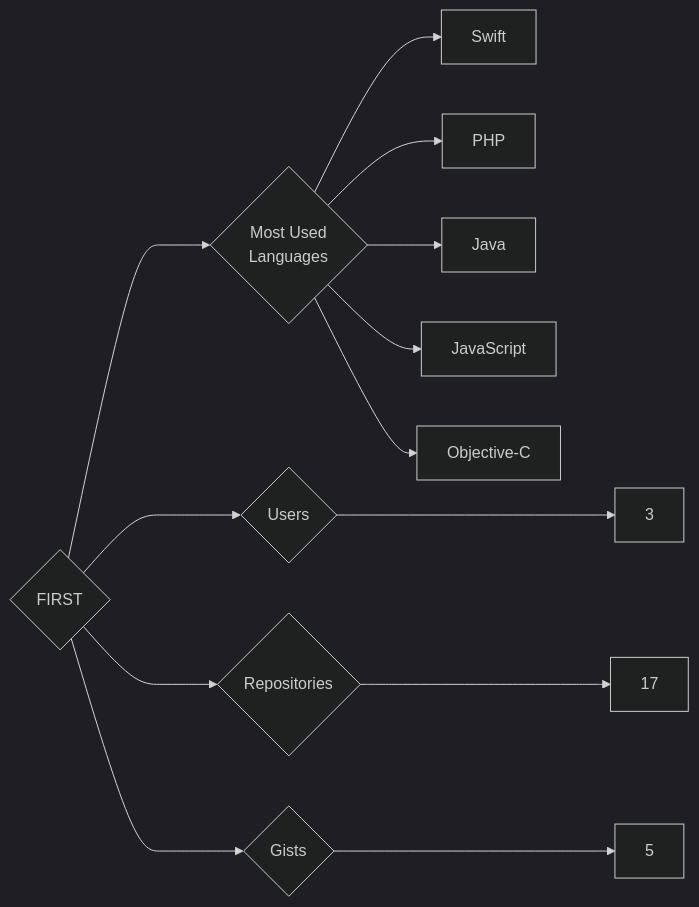
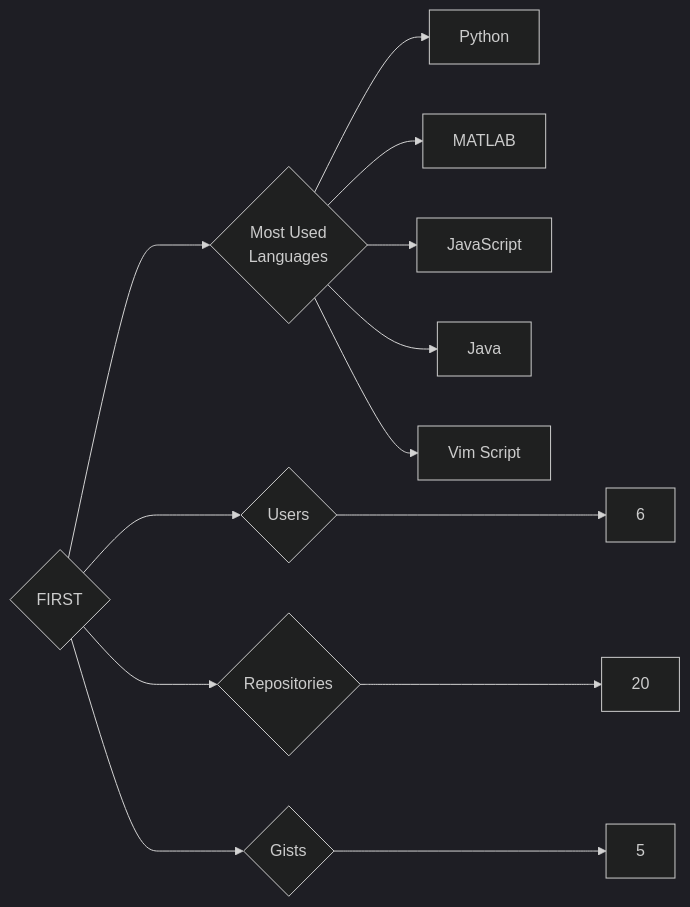
The diagram in targets/FIRST/README.md (trickest/insiders), drawn with Mermaid (dark theme) before and after one commit. The commit also changed 1003 other files, not shown here.

````diff
--- a/targets/FIRST/README.md
+++ b/targets/FIRST/README.md
@@ -3,13 +3,13 @@
 ```mermaid
 graph LR
 COMPANY_NAME{FIRST}
-COMPANY_NAME ---> U{Users} ---> UN[3]
-COMPANY_NAME ---> R{Repositories} ---> RN[17]
+COMPANY_NAME ---> U{Users} ---> UN[6]
+COMPANY_NAME ---> R{Repositories} ---> RN[20]
 COMPANY_NAME ---> G{Gists} ---> GN[5]
 COMPANY_NAME ---> ML{Most Used<br>Languages}
-ML --> Swift[Swift]
-ML --> PHP[PHP]
+ML --> Python[Python]
+ML --> MATLAB[MATLAB]
+ML --> JavaScript[JavaScript]
 ML --> Java[Java]
-ML --> JavaScript[JavaScript]
-ML --> Objective-C[Objective-C]
+ML --> Vim_Script[Vim Script]
 ```
````
